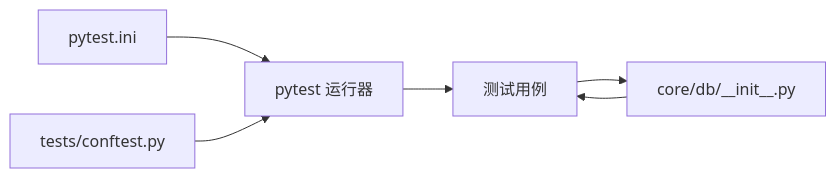
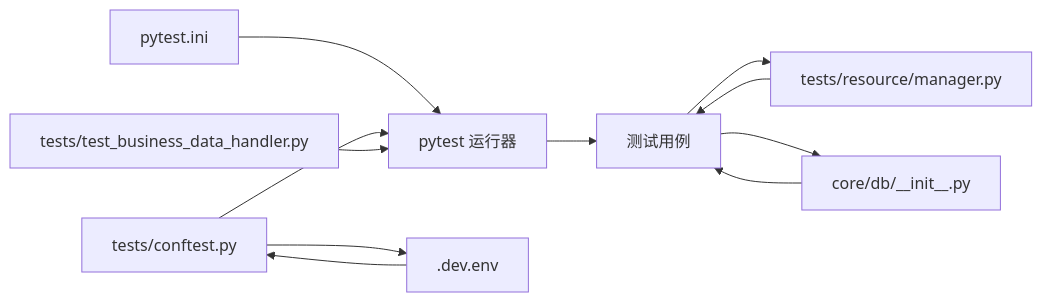
The sixth of 6 diagrams in .qoder/repowiki/zh/content/测试策略/测试配置.md (iverwong/DataLife), drawn with Mermaid before and after one commit. The commit also changed other lines of this file and 14 other files, not shown here.

````diff
--- a/.qoder/repowiki/zh/content/测试策略/测试配置.md
+++ b/.qoder/repowiki/zh/content/测试策略/测试配置.md
@@ -161,8 +331,13 @@
 ```mermaid
 graph LR
 PY["pytest.ini"] --> RUN["pytest 运行器"]
 CT["tests/conftest.py"] --> RUN
-DB["core/db/__init__.py"] --> TST["测试用例"]
+BD["tests/test_business_data_handler.py"] --> RUN
+RES["tests/resource/manager.py"] --> TST["测试用例"]
+DB["core/db/__init__.py"] --> TST
+ENV[".dev.env"] --> CT
 RUN --> TST
+TST --> RES
 TST --> DB
+CT --> ENV
 ```
````
